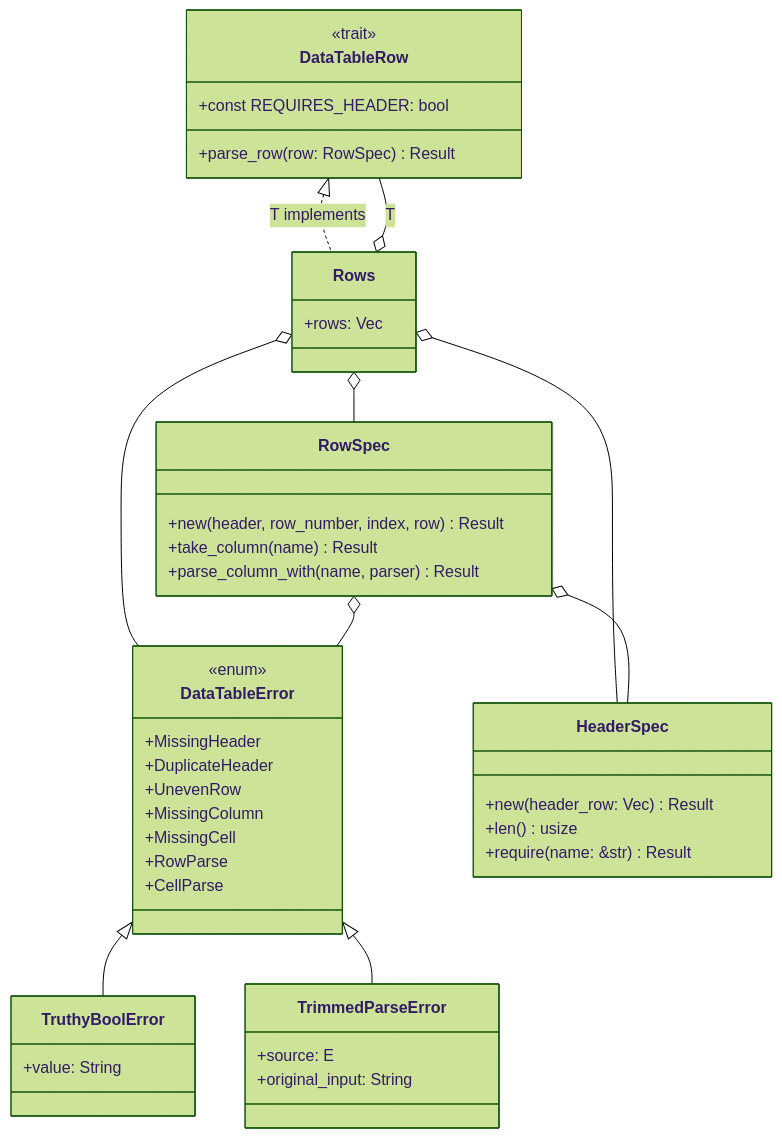
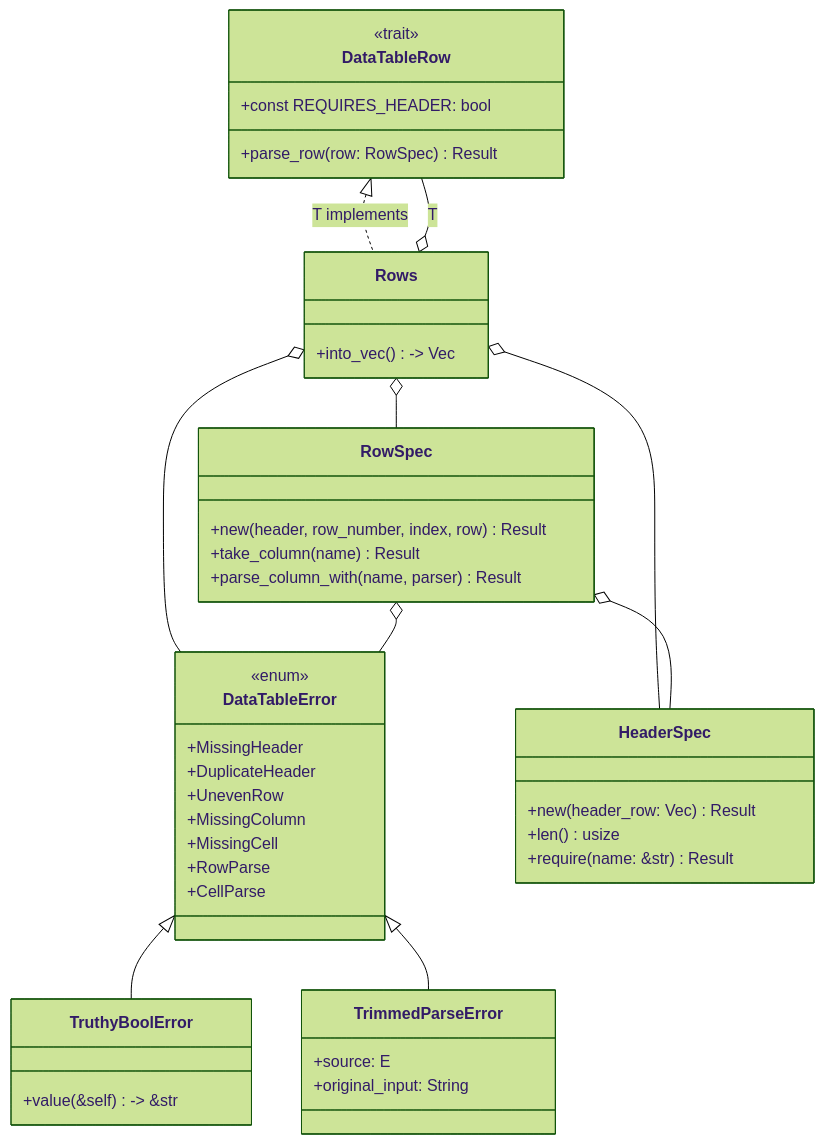
The first of 17 diagrams in docs/rstest-bdd-design.md (leynos/rstest-bdd), drawn with Mermaid (forest theme) before and after one commit. The commit also changed other lines of this file, not shown here.

````diff
--- a/docs/rstest-bdd-design.md
+++ b/docs/rstest-bdd-design.md
@@ -291,47 +292,47 @@
 ```mermaid
 classDiagram
     class DataTableRow {
         <<trait>>
         +const REQUIRES_HEADER: bool
         +parse_row(row: RowSpec) Result<Self, DataTableError>
     }
     class Rows {
-        +rows: Vec<T>
+        +into_vec() -> Vec<T>
     }
     class DataTableError {
         <<enum>>
         +MissingHeader
         +DuplicateHeader
         +UnevenRow
         +MissingColumn
         +MissingCell
         +RowParse
         +CellParse
     }
     class HeaderSpec {
         +new(header_row: Vec<String>) Result<Self, DataTableError>
         +len() usize
         +require(name: &str) Result<usize, DataTableError>
     }
     class RowSpec {
         +new(header, row_number, index, row) Result<Self, DataTableError>
         +take_column(name) Result<String, DataTableError>
         +parse_column_with(name, parser) Result<T, DataTableError>
     }
     class TruthyBoolError {
-        +value: String
+        +value(&self) -> &str
     }
     class TrimmedParseError {
         +source: E
         +original_input: String
     }
     DataTableRow <|.. Rows : T implements
     Rows o-- DataTableRow : T
     Rows o-- DataTableError
     Rows o-- HeaderSpec
     Rows o-- RowSpec
     RowSpec o-- HeaderSpec
     RowSpec o-- DataTableError
     DataTableError <|-- TruthyBoolError
     DataTableError <|-- TrimmedParseError
 ```
````
